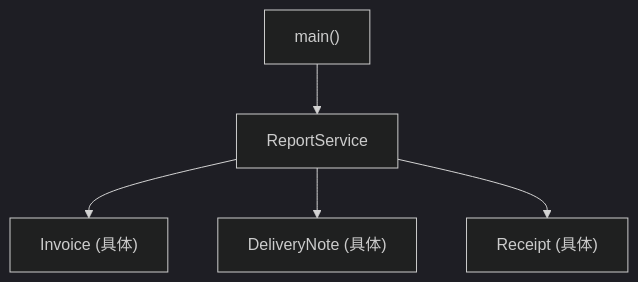
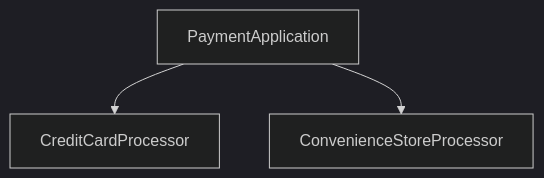
The second of 6 diagrams in kindle/design-patterns/output/chapter08.md (kumachan1101-pixel/DesignPattern), drawn with Mermaid (dark theme) before and after one commit. The commit also changed other lines of this file and 11 other files, not shown here.

````diff
--- a/kindle/design-patterns/output/chapter08.md
+++ b/kindle/design-patterns/output/chapter08.md
@@ -117,7 +86,6 @@
 ```mermaid
 graph TD
-    Main["main()"] --> Service["ReportService"]
-    Service --> Inv["Invoice (具体)"]
-    Service --> Del["DeliveryNote (具体)"]
-    Service --> Rec["Receipt (具体)"]
+    PaymentApplication["PaymentApplication"] --> CreditCardProcessor["CreditCardProcessor"]
+    PaymentApplication --> ConvenienceStoreProcessor["ConvenienceStoreProcessor"]
+
 ```
````
